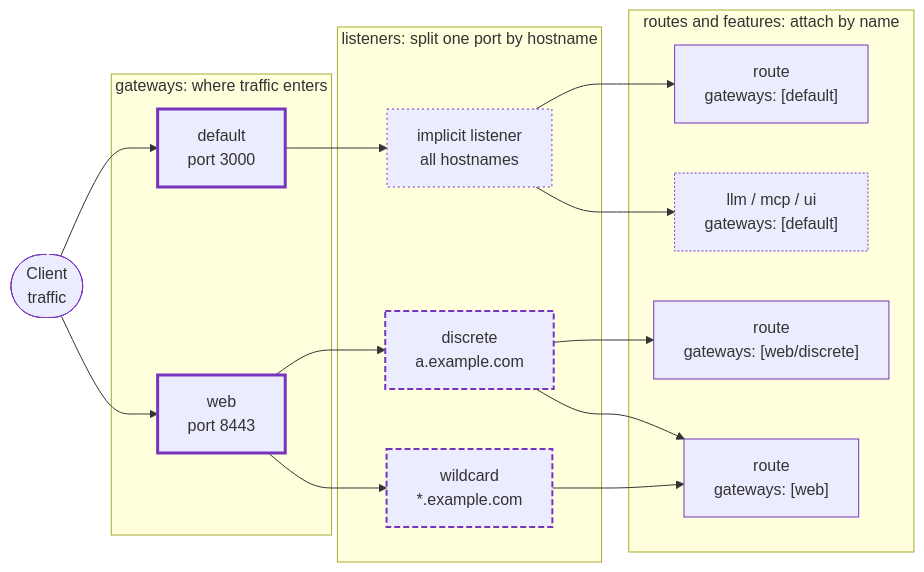
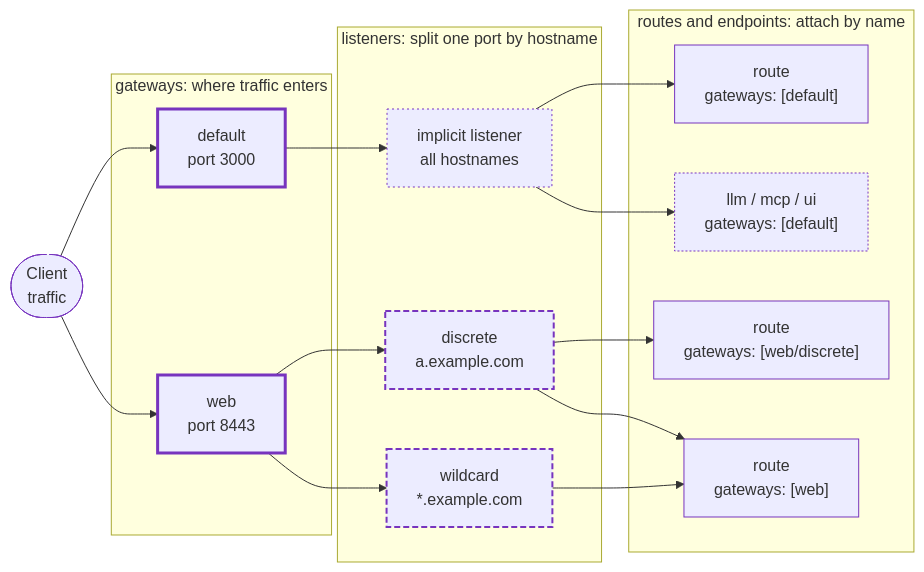
Before and after one commit to agentgateway/website: the diagram in content/docs/standalone/main/configuration/gateways.md, drawn with Mermaid. The commit also changed other lines of this file and 1 other file, not shown here.

````diff
--- a/content/docs/standalone/main/configuration/gateways.md
+++ b/content/docs/standalone/main/configuration/gateways.md
@@ -48,42 +50,42 @@
 ```mermaid
 flowchart LR
     C(["Client<br/>traffic"]):::client
 
     subgraph gw["gateways: where traffic enters"]
         GD["default<br/>port 3000"]:::gateway
         GW["web<br/>port 8443"]:::gateway
     end
 
     subgraph ls["listeners: split one port by hostname"]
         LI["implicit listener<br/>all hostnames"]:::implicit
         LD["discrete<br/>a.example.com"]:::listener
         LW["wildcard<br/>*.example.com"]:::listener
     end
 
-    subgraph at["routes and features: attach by name"]
+    subgraph at["routes and endpoints: attach by name"]
         RD["route<br/>gateways: [default]"]:::route
-        FE["llm / mcp / ui<br/>gateways: [default]"]:::feature
+        FE["llm / mcp / ui<br/>gateways: [default]"]:::endpoint
         RA["route<br/>gateways: [web/discrete]"]:::route
         RW["route<br/>gateways: [web]"]:::route
     end
 
     C --> GD
     C --> GW
     GD --> LI
     GW --> LD
     GW --> LW
     LI --> RD
     LI --> FE
     LD --> RA
     LD --> RW
     LW --> RW
 
     %% Stroke-only styling, so node text follows the light or dark page theme.
     %% Border weight and dashes carry the meaning, not color alone.
     classDef client stroke:#7734be,stroke-width:1px,stroke-dasharray:4 3;
     classDef gateway stroke:#7734be,stroke-width:3px;
     classDef listener stroke:#7734be,stroke-width:2px,stroke-dasharray:6 3;
     classDef implicit stroke:#7734be,stroke-width:1px,stroke-dasharray:2 3;
     classDef route stroke:#7734be,stroke-width:1px;
-    classDef feature stroke:#7734be,stroke-width:1px,stroke-dasharray:2 2;
+    classDef endpoint stroke:#7734be,stroke-width:1px,stroke-dasharray:2 2;
 ```
````
